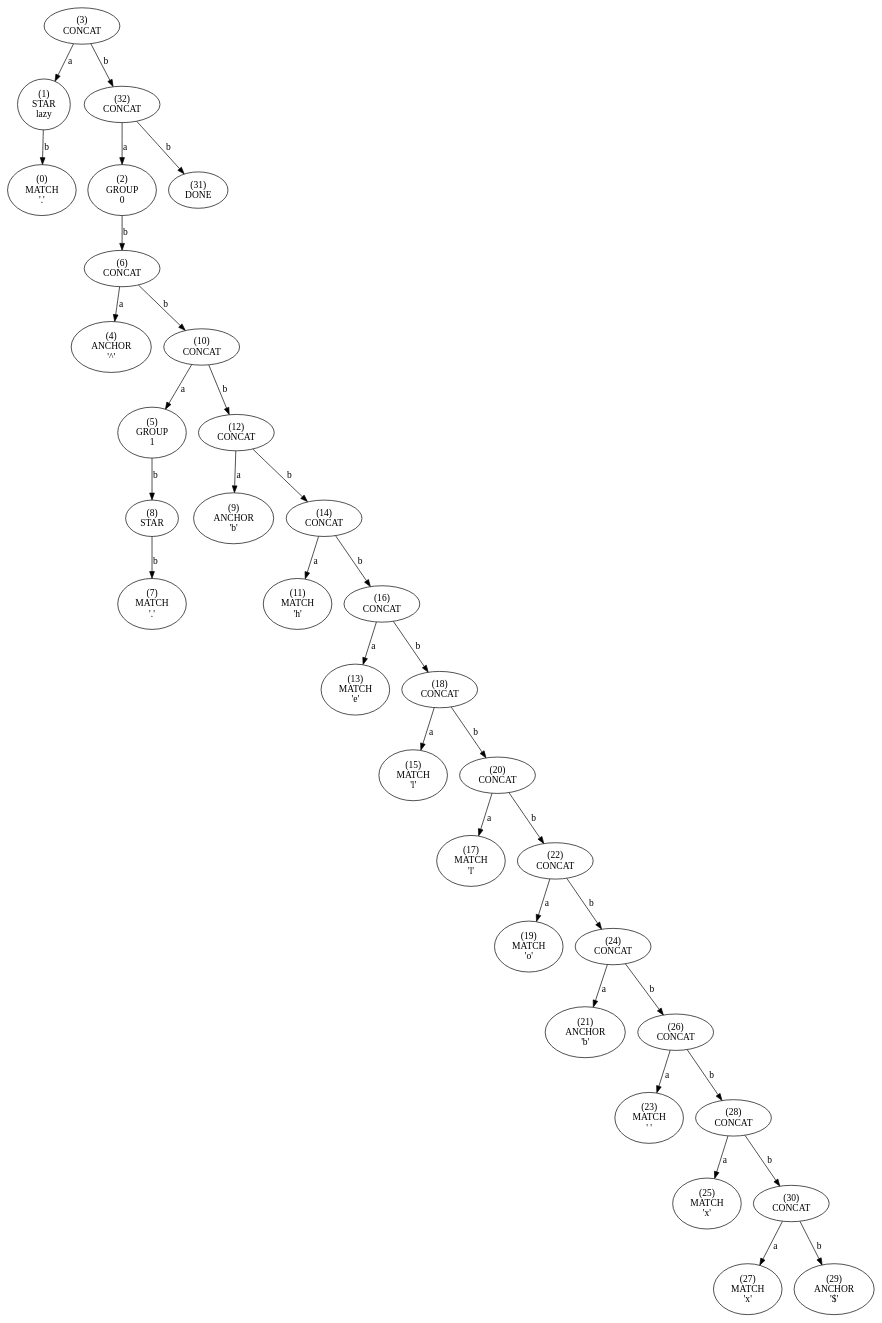
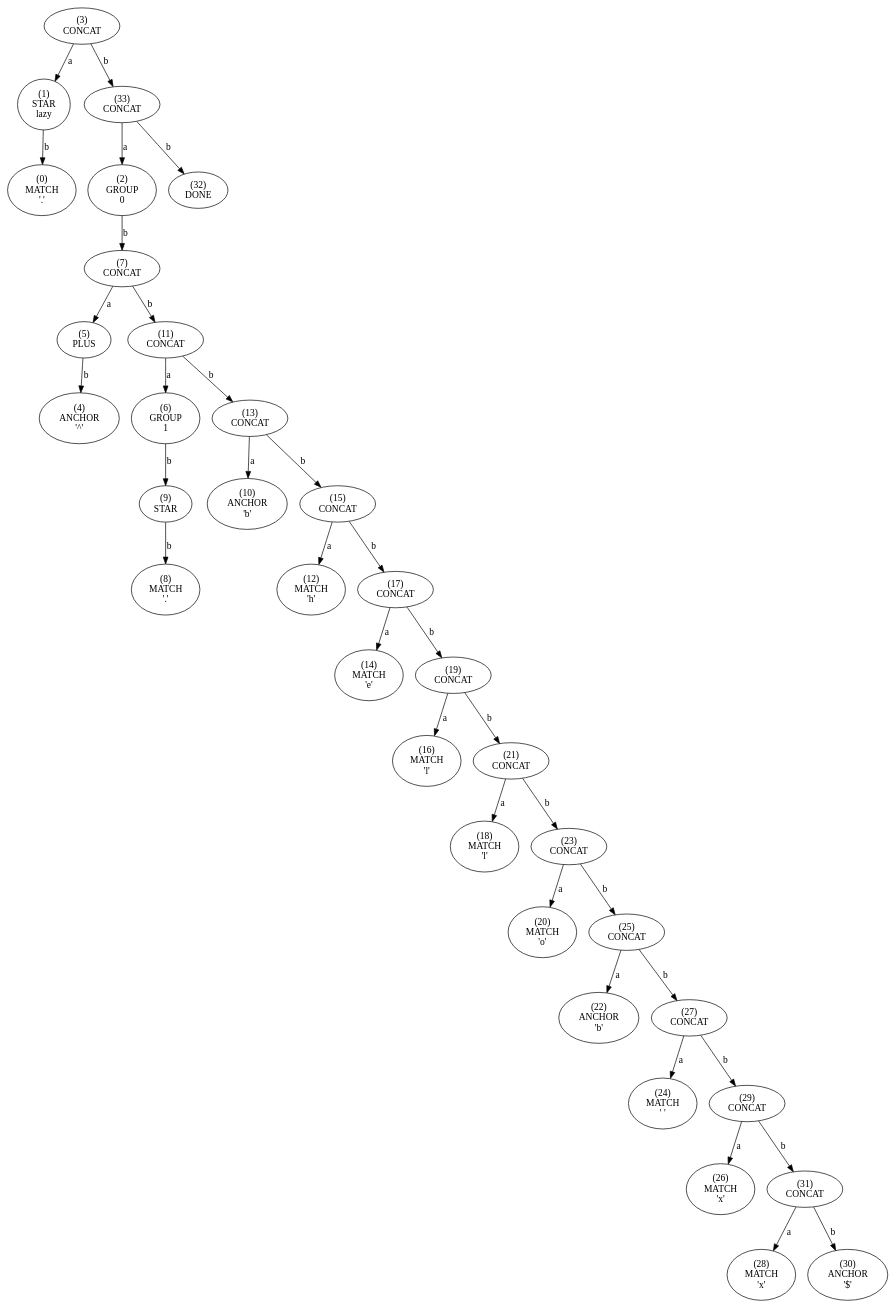
One commit to essele/rele changed the diagram in tree.dot. Above: the diagram before and after it, drawn with Graphviz. The commit also changed 2 other files, not shown here.

```diff
--- a/tree.dot
+++ b/tree.dot
@@ -1,133 +1,137 @@
 digraph tree {
-    n0xbdf4f7baf330 [label="(3)
+    n0xca0f23563330 [label="(3)
 CONCAT
 "];
-    n0xbdf4f7baf330 -> n0xbdf4f7baf2f0 [label="a"];
-    n0xbdf4f7baf2f0 [label="(1)
+    n0xca0f23563330 -> n0xca0f235632f0 [label="a"];
+    n0xca0f235632f0 [label="(1)
 STAR
 lazy"];
-    n0xbdf4f7baf2f0 -> n0xbdf4f7baf2d0 [label="b"];
-    n0xbdf4f7baf2d0 [label="(0)
+    n0xca0f235632f0 -> n0xca0f235632d0 [label="b"];
+    n0xca0f235632d0 [label="(0)
 MATCH
 '.'"];
-    n0xbdf4f7baf330 -> n0xbdf4f7baf6d0 [label="b"];
-    n0xbdf4f7baf6d0 [label="(32)
+    n0xca0f23563330 -> n0xca0f235636f0 [label="b"];
+    n0xca0f235636f0 [label="(33)
 CONCAT
 "];
-    n0xbdf4f7baf6d0 -> n0xbdf4f7baf310 [label="a"];
-    n0xbdf4f7baf310 [label="(2)
+    n0xca0f235636f0 -> n0xca0f23563310 [label="a"];
+    n0xca0f23563310 [label="(2)
 GROUP
 0"];
-    n0xbdf4f7baf310 -> n0xbdf4f7baf390 [label="b"];
-    n0xbdf4f7baf390 [label="(6)
+    n0xca0f23563310 -> n0xca0f235633b0 [label="b"];
+    n0xca0f235633b0 [label="(7)
 CONCAT
 "];
-    n0xbdf4f7baf390 -> n0xbdf4f7baf350 [label="a"];
-    n0xbdf4f7baf350 [label="(4)
+    n0xca0f235633b0 -> n0xca0f23563370 [label="a"];
+    n0xca0f23563370 [label="(5)
+PLUS
+"];
+    n0xca0f23563370 -> n0xca0f23563350 [label="b"];
+    n0xca0f23563350 [label="(4)
 ANCHOR
 '^'"];
-    n0xbdf4f7baf390 -> n0xbdf4f7baf410 [label="b"];
-    n0xbdf4f7baf410 [label="(10)
+    n0xca0f235633b0 -> n0xca0f23563430 [label="b"];
+    n0xca0f23563430 [label="(11)
 CONCAT
 "];
-    n0xbdf4f7baf410 -> n0xbdf4f7baf370 [label="a"];
-    n0xbdf4f7baf370 [label="(5)
+    n0xca0f23563430 -> n0xca0f23563390 [label="a"];
+    n0xca0f23563390 [label="(6)
 GROUP
 1"];
-    n0xbdf4f7baf370 -> n0xbdf4f7baf3d0 [label="b"];
-    n0xbdf4f7baf3d0 [label="(8)
+    n0xca0f23563390 -> n0xca0f235633f0 [label="b"];
+    n0xca0f235633f0 [label="(9)
 STAR
 "];
-    n0xbdf4f7baf3d0 -> n0xbdf4f7baf3b0 [label="b"];
-    n0xbdf4f7baf3b0 [label="(7)
+    n0xca0f235633f0 -> n0xca0f235633d0 [label="b"];
+    n0xca0f235633d0 [label="(8)
 MATCH
 '.'"];
-    n0xbdf4f7baf410 -> n0xbdf4f7baf450 [label="b"];
-    n0xbdf4f7baf450 [label="(12)
+    n0xca0f23563430 -> n0xca0f23563470 [label="b"];
+    n0xca0f23563470 [label="(13)
 CONCAT
 "];
-    n0xbdf4f7baf450 -> n0xbdf4f7baf3f0 [label="a"];
-    n0xbdf4f7baf3f0 [label="(9)
+    n0xca0f23563470 -> n0xca0f23563410 [label="a"];
+    n0xca0f23563410 [label="(10)
 ANCHOR
 'b'"];
-    n0xbdf4f7baf450 -> n0xbdf4f7baf490 [label="b"];
-    n0xbdf4f7baf490 [label="(14)
+    n0xca0f23563470 -> n0xca0f235634b0 [label="b"];
+    n0xca0f235634b0 [label="(15)
 CONCAT
 "];
-    n0xbdf4f7baf490 -> n0xbdf4f7baf430 [label="a"];
-    n0xbdf4f7baf430 [label="(11)
+    n0xca0f235634b0 -> n0xca0f23563450 [label="a"];
+    n0xca0f23563450 [label="(12)
 MATCH
 'h'"];
-    n0xbdf4f7baf490 -> n0xbdf4f7baf4d0 [label="b"];
-    n0xbdf4f7baf4d0 [label="(16)
+    n0xca0f235634b0 -> n0xca0f235634f0 [label="b"];
+    n0xca0f235634f0 [label="(17)
 CONCAT
 "];
-    n0xbdf4f7baf4d0 -> n0xbdf4f7baf470 [label="a"];
-    n0xbdf4f7baf470 [label="(13)
+    n0xca0f235634f0 -> n0xca0f23563490 [label="a"];
+    n0xca0f23563490 [label="(14)
 MATCH
 'e'"];
-    n0xbdf4f7baf4d0 -> n0xbdf4f7baf510 [label="b"];
-    n0xbdf4f7baf510 [label="(18)
+    n0xca0f235634f0 -> n0xca0f23563530 [label="b"];
+    n0xca0f23563530 [label="(19)
 CONCAT
 "];
-    n0xbdf4f7baf510 -> n0xbdf4f7baf4b0 [label="a"];
-    n0xbdf4f7baf4b0 [label="(15)
+    n0xca0f23563530 -> n0xca0f235634d0 [label="a"];
+    n0xca0f235634d0 [label="(16)
 MATCH
 'l'"];
-    n0xbdf4f7baf510 -> n0xbdf4f7baf550 [label="b"];
-    n0xbdf4f7baf550 [label="(20)
+    n0xca0f23563530 -> n0xca0f23563570 [label="b"];
+    n0xca0f23563570 [label="(21)
 CONCAT
 "];
-    n0xbdf4f7baf550 -> n0xbdf4f7baf4f0 [label="a"];
-    n0xbdf4f7baf4f0 [label="(17)
+    n0xca0f23563570 -> n0xca0f23563510 [label="a"];
+    n0xca0f23563510 [label="(18)
 MATCH
 'l'"];
-    n0xbdf4f7baf550 -> n0xbdf4f7baf590 [label="b"];
-    n0xbdf4f7baf590 [label="(22)
+    n0xca0f23563570 -> n0xca0f235635b0 [label="b"];
+    n0xca0f235635b0 [label="(23)
 CONCAT
 "];
-    n0xbdf4f7baf590 -> n0xbdf4f7baf530 [label="a"];
-    n0xbdf4f7baf530 [label="(19)
+    n0xca0f235635b0 -> n0xca0f23563550 [label="a"];
+    n0xca0f23563550 [label="(20)
 MATCH
 'o'"];
-    n0xbdf4f7baf590 -> n0xbdf4f7baf5d0 [label="b"];
-    n0xbdf4f7baf5d0 [label="(24)
+    n0xca0f235635b0 -> n0xca0f235635f0 [label="b"];
+    n0xca0f235635f0 [label="(25)
 CONCAT
 "];
-    n0xbdf4f7baf5d0 -> n0xbdf4f7baf570 [label="a"];
-    n0xbdf4f7baf570 [label="(21)
+    n0xca0f235635f0 -> n0xca0f23563590 [label="a"];
+    n0xca0f23563590 [label="(22)
 ANCHOR
 'b'"];
-    n0xbdf4f7baf5d0 -> n0xbdf4f7baf610 [label="b"];
-    n0xbdf4f7baf610 [label="(26)
+    n0xca0f235635f0 -> n0xca0f23563630 [label="b"];
+    n0xca0f23563630 [label="(27)
 CONCAT
 "];
-    n0xbdf4f7baf610 -> n0xbdf4f7baf5b0 [label="a"];
-    n0xbdf4f7baf5b0 [label="(23)
+    n0xca0f23563630 -> n0xca0f235635d0 [label="a"];
+    n0xca0f235635d0 [label="(24)
 MATCH
 ' '"];
-    n0xbdf4f7baf610 -> n0xbdf4f7baf650 [label="b"];
-    n0xbdf4f7baf650 [label="(28)
+    n0xca0f23563630 -> n0xca0f23563670 [label="b"];
+    n0xca0f23563670 [label="(29)
 CONCAT
 "];
-    n0xbdf4f7baf650 -> n0xbdf4f7baf5f0 [label="a"];
-    n0xbdf4f7baf5f0 [label="(25)
+    n0xca0f23563670 -> n0xca0f23563610 [label="a"];
+    n0xca0f23563610 [label="(26)
 MATCH
 'x'"];
-    n0xbdf4f7baf650 -> n0xbdf4f7baf690 [label="b"];
-    n0xbdf4f7baf690 [label="(30)
+    n0xca0f23563670 -> n0xca0f235636b0 [label="b"];
+    n0xca0f235636b0 [label="(31)
 CONCAT
 "];
-    n0xbdf4f7baf690 -> n0xbdf4f7baf630 [label="a"];
-    n0xbdf4f7baf630 [label="(27)
+    n0xca0f235636b0 -> n0xca0f23563650 [label="a"];
+    n0xca0f23563650 [label="(28)
 MATCH
 'x'"];
-    n0xbdf4f7baf690 -> n0xbdf4f7baf670 [label="b"];
-    n0xbdf4f7baf670 [label="(29)
+    n0xca0f235636b0 -> n0xca0f23563690 [label="b"];
+    n0xca0f23563690 [label="(30)
 ANCHOR
 '$'"];
-    n0xbdf4f7baf6d0 -> n0xbdf4f7baf6b0 [label="b"];
-    n0xbdf4f7baf6b0 [label="(31)
+    n0xca0f235636f0 -> n0xca0f235636d0 [label="b"];
+    n0xca0f235636d0 [label="(32)
 DONE
 "];
 }
```
